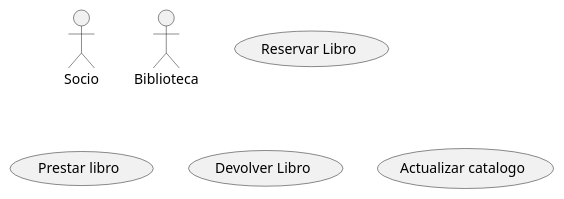
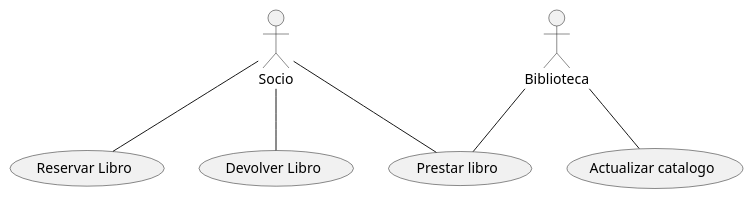
The diagram in src/Ejemplo1.puml (moevius237/PracticaUML2), drawn with PlantUML before and after one commit.

Commit message:
Carto Commit definimos todas las relaciones

```diff
--- a/src/Ejemplo1.puml
+++ b/src/Ejemplo1.puml
@@ -1,8 +1,13 @@
 @startuml
 :Socio:
 :Biblioteca:
 usecase (Reservar Libro)
 usecase (Prestar libro)
 usecase (Devolver Libro)
 usecase (Actualizar catalogo)
+:Socio: --(Reservar Libro)
+:Socio: --(Prestar libro)
+:Socio: -- (Devolver Libro)
+:Biblioteca: -- (Prestar libro)
+:Biblioteca: -- (Actualizar catalogo)
 @enduml
```
